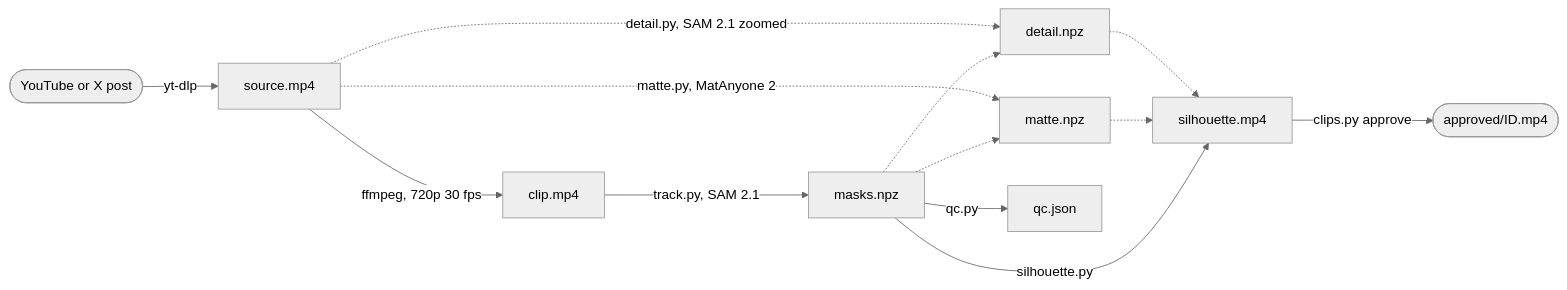
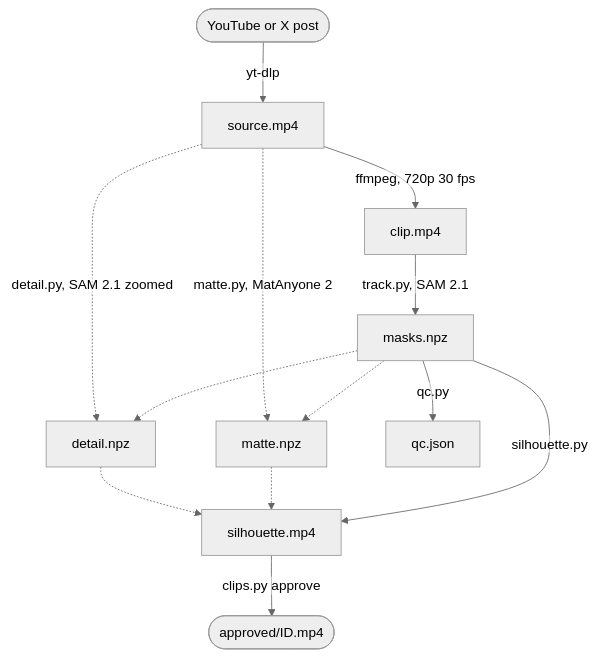
The diagram in README.md (Tominthomas/video-segmentation-pipeline), drawn with Mermaid (neutral theme) before and after one commit.

Commit message:
docs(readme): draw the pipeline top down with plain text labels
Left to right, GitHub shrank the labels to about 4 px on a phone and
clipped their descenders.

````diff
--- a/README.md
+++ b/README.md
@@ -18,15 +18,16 @@
 ```mermaid
-flowchart LR
+%%{init: {"flowchart": {"htmlLabels": false}}}%%
+flowchart TD
 	post([YouTube or X post]) -- yt-dlp --> source[source.mp4]
 	source -- "ffmpeg, 720p 30 fps" --> clip[clip.mp4]
 	clip -- "track.py, SAM 2.1" --> masks[masks.npz]
 	masks -.-> matte[matte.npz]
 	source -. "matte.py, MatAnyone 2" .-> matte
 	masks -.-> detail[detail.npz]
 	source -. "detail.py, SAM 2.1 zoomed" .-> detail
 	masks -- silhouette.py --> render[silhouette.mp4]
 	matte -.-> render
 	detail -.-> render
 	masks -- qc.py --> qc[qc.json]
 	render -- clips.py approve --> approved([approved/ID.mp4])
 ```
````
